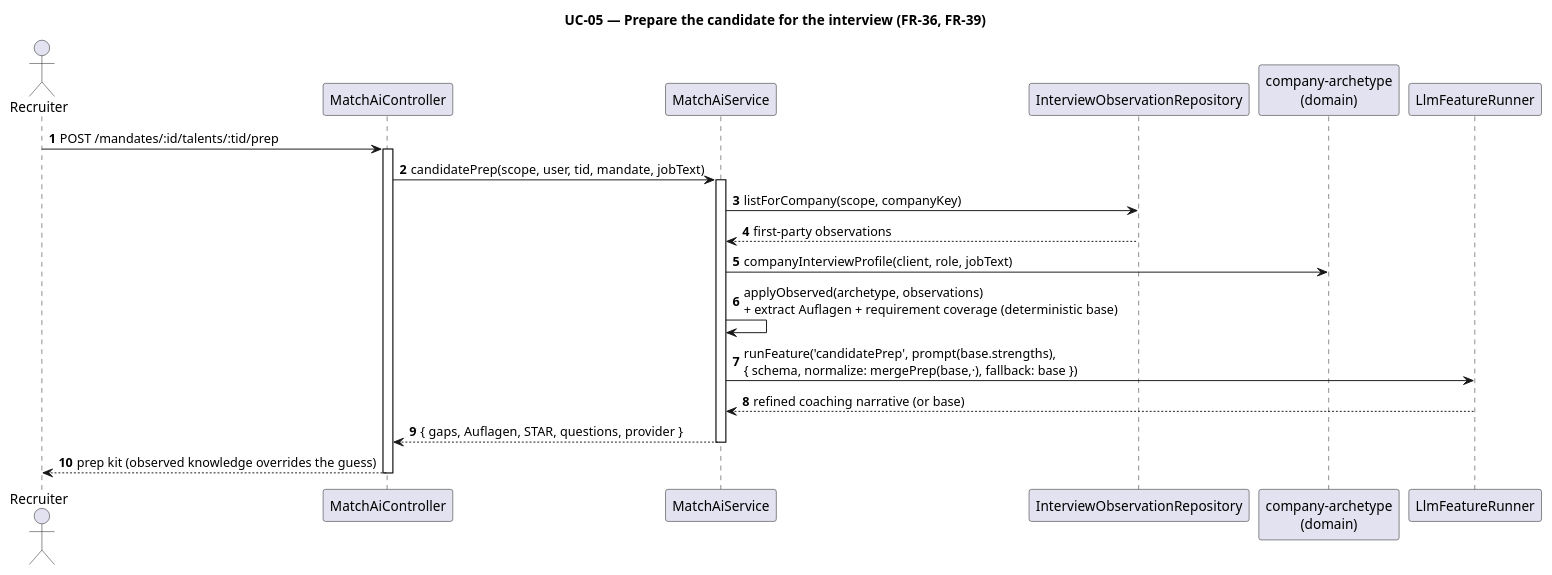
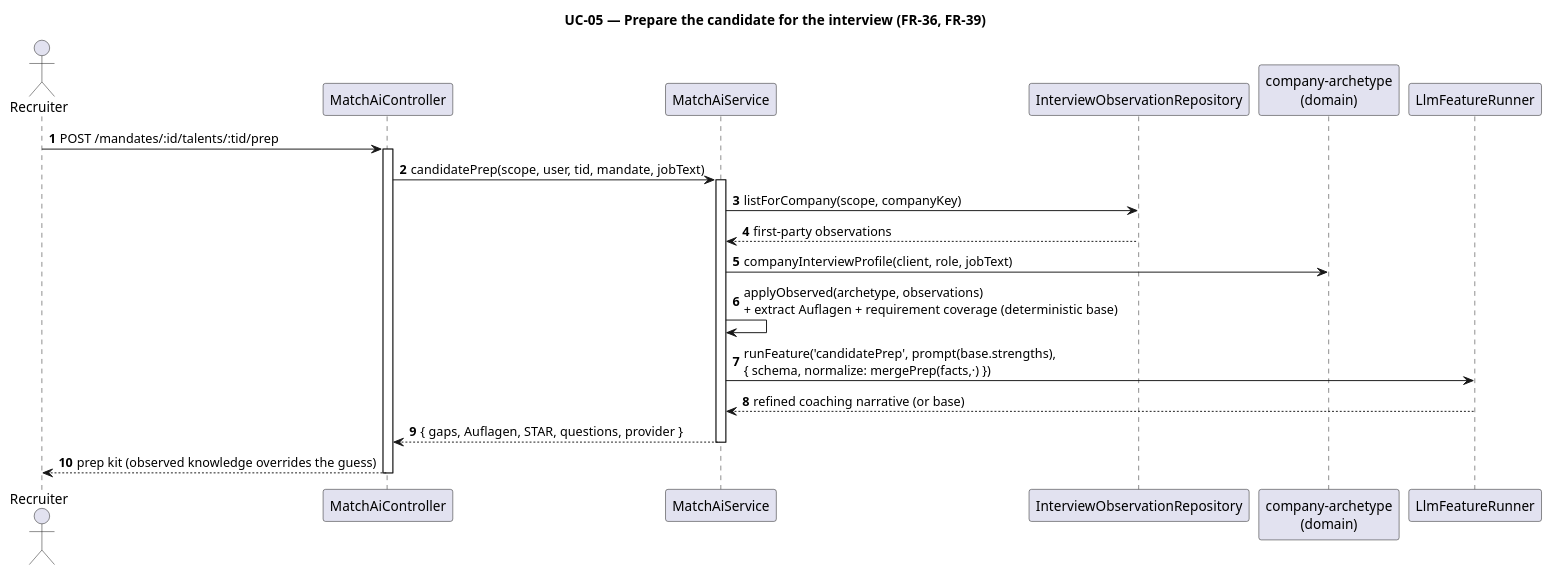
One commit to NexusHero/Resume changed the diagram in docs/umls/usecases/uc05_prep_kit.puml. Above: the diagram before and after it, drawn with PlantUML. The commit also changed 175 other files, not shown here.

```diff
--- a/docs/umls/usecases/uc05_prep_kit.puml
+++ b/docs/umls/usecases/uc05_prep_kit.puml
@@ -1,27 +1,27 @@
 @startuml uc05_prep_kit
 title UC-05 — Prepare the candidate for the interview (FR-36, FR-39)
 
 skinparam shadowing false
 autonumber
 actor Recruiter
 participant MatchAiController as Ctrl
 participant MatchAiService as Svc
 participant InterviewObservationRepository as Obs
 participant "company-archetype\n(domain)" as Arch
 participant LlmFeatureRunner as Runner
 
 Recruiter -> Ctrl : POST /mandates/:id/talents/:tid/prep
 activate Ctrl
 Ctrl -> Svc : candidatePrep(scope, user, tid, mandate, jobText)
 activate Svc
 Svc -> Obs : listForCompany(scope, companyKey)
 Obs --> Svc : first-party observations
 Svc -> Arch : companyInterviewProfile(client, role, jobText)
 Svc -> Svc : applyObserved(archetype, observations)\n+ extract Auflagen + requirement coverage (deterministic base)
-Svc -> Runner : runFeature('candidatePrep', prompt(base.strengths),\n{ schema, normalize: mergePrep(base,·), fallback: base })
+Svc -> Runner : runFeature('candidatePrep', prompt(base.strengths),\n{ schema, normalize: mergePrep(facts,·) })
 Runner --> Svc : refined coaching narrative (or base)
 Svc --> Ctrl : { gaps, Auflagen, STAR, questions, provider }
 deactivate Svc
 Ctrl --> Recruiter : prep kit (observed knowledge overrides the guess)
 deactivate Ctrl
 @enduml
```
